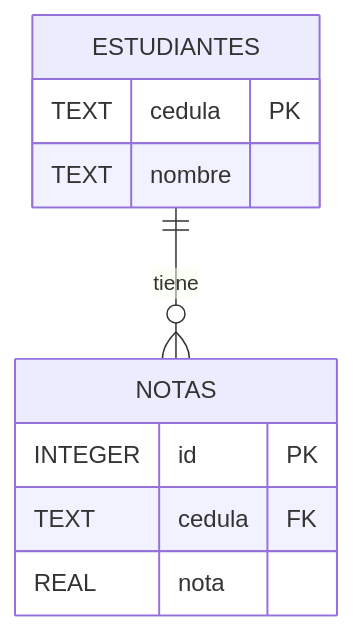
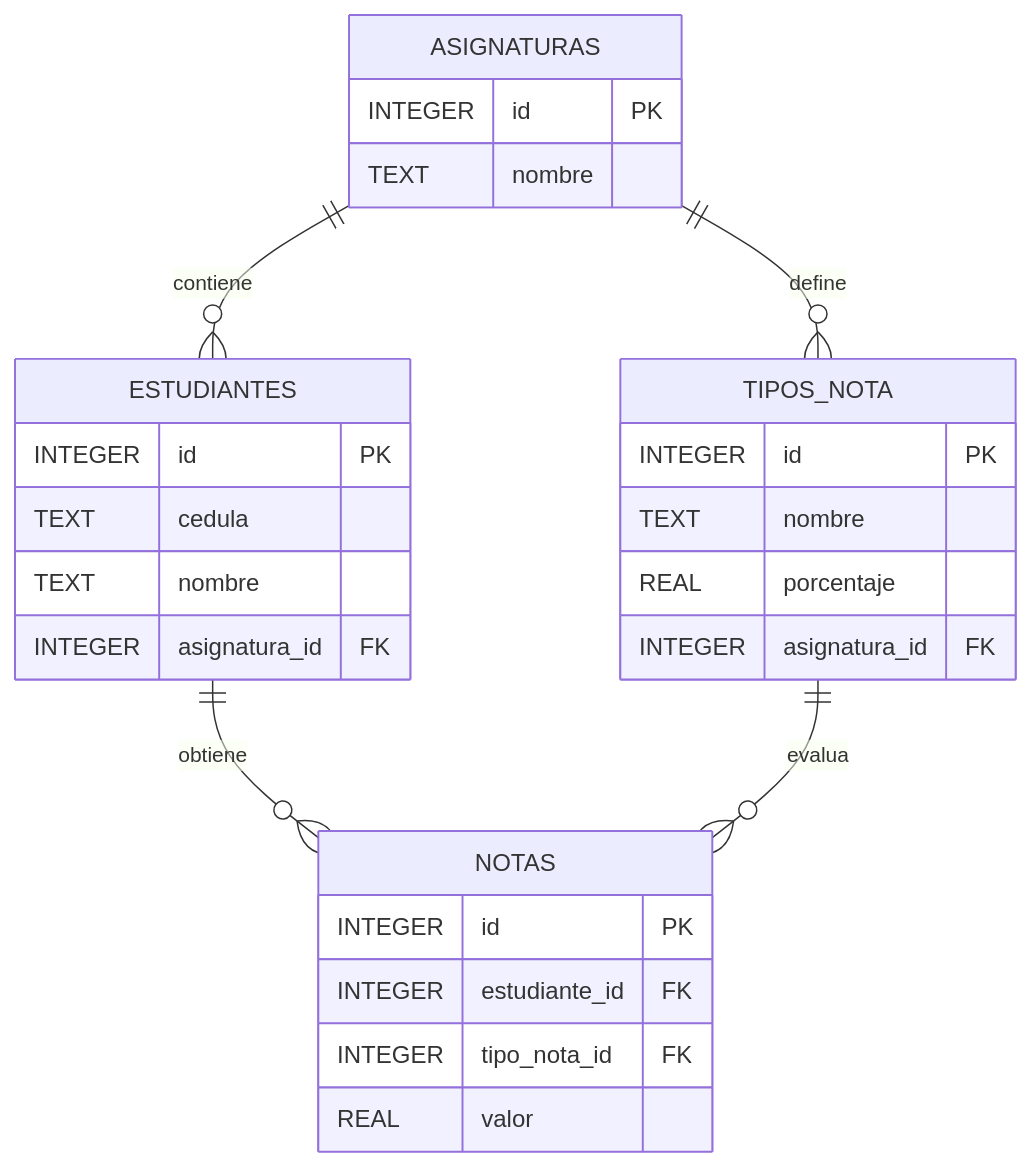
Before and after one commit to kevingarces315956/Sistema-de-notas-universitario: the diagram in README.md, drawn with Mermaid. The commit also changed other lines of this file and 6 other files, not shown here.

````diff
--- a/README.md
+++ b/README.md
@@ -400,13 +307,30 @@
 ```mermaid
 erDiagram
-    ESTUDIANTES ||--o{ NOTAS : "tiene"
+    ASIGNATURAS ||--o{ ESTUDIANTES : "contiene"
+    ASIGNATURAS ||--o{ TIPOS_NOTA : "define"
+    ESTUDIANTES ||--o{ NOTAS : "obtiene"
+    TIPOS_NOTA ||--o{ NOTAS : "evalua"
+
+    ASIGNATURAS {
+        INTEGER id PK
+        TEXT nombre
+    }
     ESTUDIANTES {
-        TEXT cedula PK
+        INTEGER id PK
+        TEXT cedula
         TEXT nombre
+        INTEGER asignatura_id FK
+    }
+    TIPOS_NOTA {
+        INTEGER id PK
+        TEXT nombre
+        REAL porcentaje
+        INTEGER asignatura_id FK
     }
     NOTAS {
         INTEGER id PK
-        TEXT cedula FK
-        REAL nota
+        INTEGER estudiante_id FK
+        INTEGER tipo_nota_id FK
+        REAL valor
     }
 ```
````
